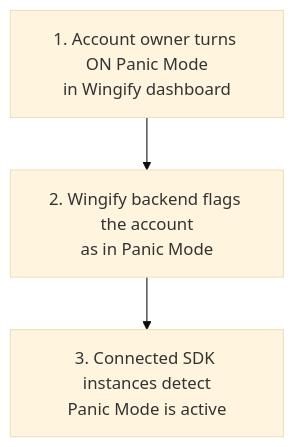
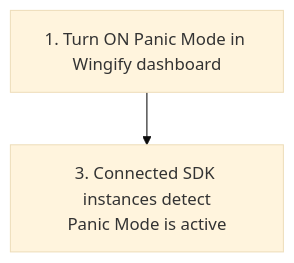
The first of 3 diagrams in docs/Concepts/panic-mode-and-force-refresh.md (wingify/readme-central), drawn with Mermaid (base theme) before and after one commit.

Commit message:
Update doc `panic-mode-and-force-refresh`

````diff
--- a/docs/Concepts/panic-mode-and-force-refresh.md
+++ b/docs/Concepts/panic-mode-and-force-refresh.md
@@ -53,8 +53,7 @@
 ```mermaid
 flowchart TD
-  A["1. Account owner turns ON Panic Mode\nin Wingify dashboard"]
-  B["2. Wingify backend flags the account\nas in Panic Mode"]
-  C["3. Connected SDK instances detect\nPanic Mode is active"]
+  A["1. Turn ON Panic Mode in Wingify dashboard"]
+  B["3. Connected SDK instances detect\nPanic Mode is active"]
 
-  A --> B --> C
+  A --> B
 ```
````
